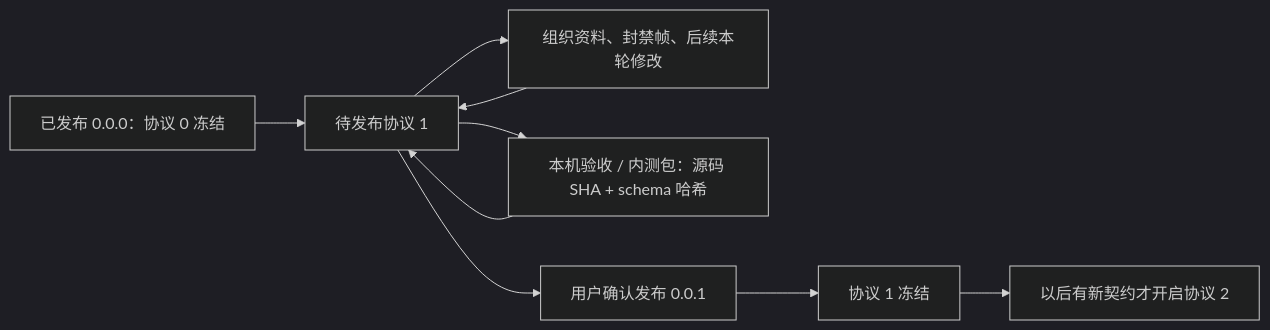
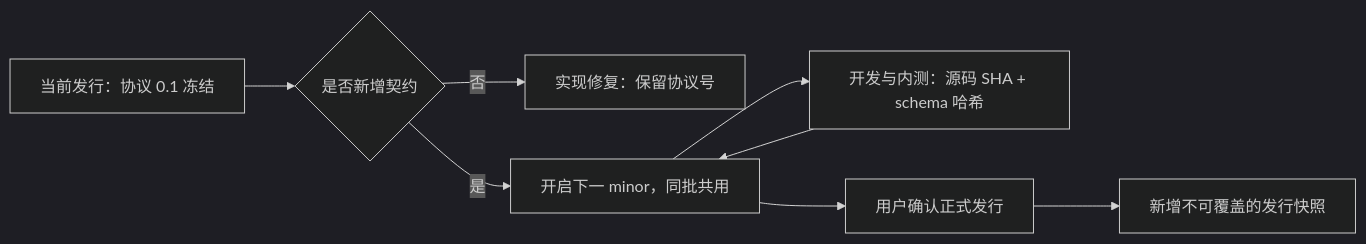
One commit to virjar/team-talk changed the first of 3 diagrams in doc/04-protocol/versioning.md. Above: the diagram before and after it, drawn with Mermaid (dark theme). The commit also changed other lines of this file and 58 other files, not shown here.

````diff
--- a/doc/04-protocol/versioning.md
+++ b/doc/04-protocol/versioning.md
@@ -45,11 +45,10 @@
 ```mermaid
 flowchart LR
-    Zero["已发布 0.0.0：协议 0 冻结"] --> Pending["待发布协议 1"]
-    Pending --> Changes["组织资料、封禁帧、后续本轮修改"]
-    Changes --> Pending
-    Pending --> QA["本机验收 / 内测包：源码 SHA + schema 哈希"]
+    Frozen["当前发行：协议 0.1 冻结"] --> New{"是否新增契约"}
+    New -->|否| Fix["实现修复：保留协议号"]
+    New -->|是| Pending["开启下一 minor，同批共用"]
+    Pending --> QA["开发与内测：源码 SHA + schema 哈希"]
     QA --> Pending
-    Pending --> Approval["用户确认发布 0.0.1"]
-    Approval --> Frozen["协议 1 冻结"]
-    Frozen --> Next["以后有新契约才开启协议 2"]
+    Pending --> Approval["用户确认正式发行"]
+    Approval --> Next["新增不可覆盖的发行快照"]
 ```
````
